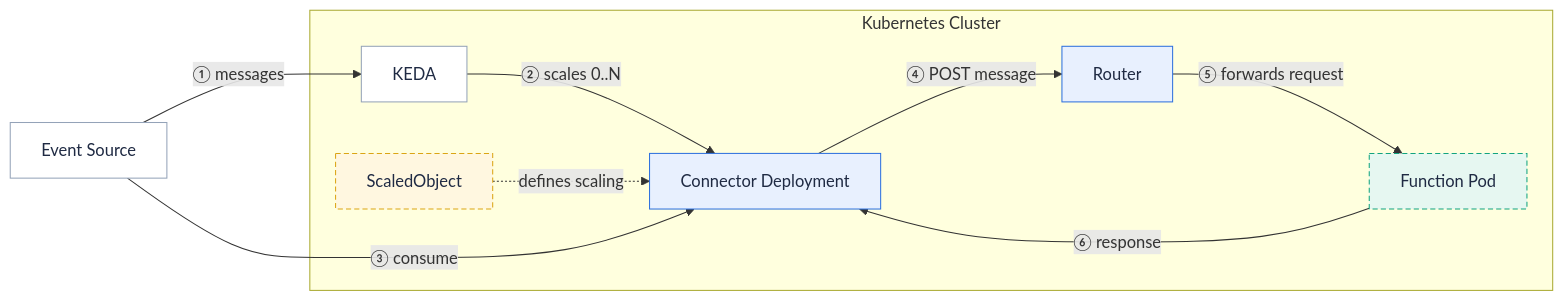
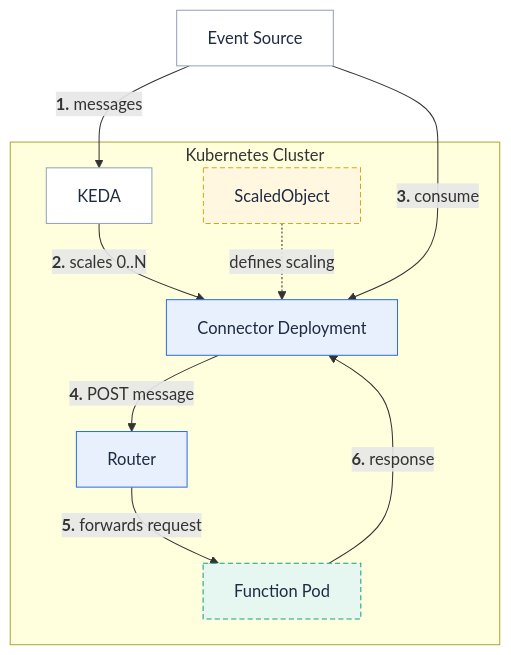
The diagram in content/en/docs/usage/triggers/message-queue-trigger-kind-keda/_index.md (fission/fission.io), drawn with Mermaid before and after one commit. The commit also changed 23 other files, not shown here.

First line of the commit message:
Make diagrams readable inline: compact TB layouts, bold crimson step numbers

````diff
--- a/content/en/docs/usage/triggers/message-queue-trigger-kind-keda/_index.md
+++ b/content/en/docs/usage/triggers/message-queue-trigger-kind-keda/_index.md
@@ -32,24 +32,24 @@
 ```mermaid
-flowchart LR
+flowchart TB
   source["Event Source"]:::user
 
   subgraph k8s["Kubernetes Cluster"]
     keda["KEDA"]:::user
     scaledobject["ScaledObject"]:::store
     connector["Connector Deployment"]:::fission
     router["Router"]:::fission
     fnPod["Function Pod"]:::pod
   end
 
-  source -->|"① messages"| keda
-  keda -->|"② scales 0..N"| connector
+  source -->|"<b>1.</b> messages"| keda
+  keda -->|"<b>2.</b> scales 0..N"| connector
   scaledobject -.->|"defines scaling"| connector
-  source -->|"③ consume"| connector
-  connector -->|"④ POST message"| router
-  router -->|"⑤ forwards request"| fnPod
-  fnPod -->|"⑥ response"| connector
+  source -->|"<b>3.</b> consume"| connector
+  connector -->|"<b>4.</b> POST message"| router
+  router -->|"<b>5.</b> forwards request"| fnPod
+  fnPod -->|"<b>6.</b> response"| connector
   classDef user fill:#ffffff,stroke:#94a3b8,color:#1f2a43
   classDef fission fill:#e8f0fe,stroke:#2d70de,color:#1f2a43
   classDef pod fill:#e6f7f1,stroke:#11a37f,color:#1f2a43,stroke-dasharray:5 3
   classDef store fill:#fff7e0,stroke:#dba514,color:#1f2a43,stroke-dasharray:5 3
 ```
````
